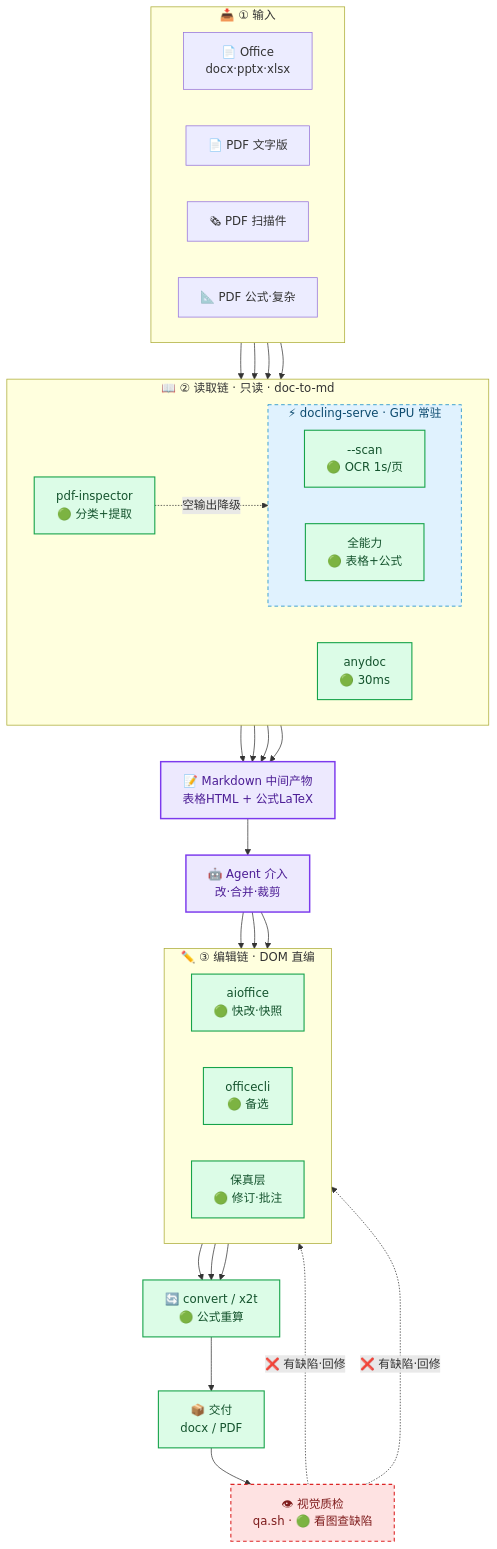
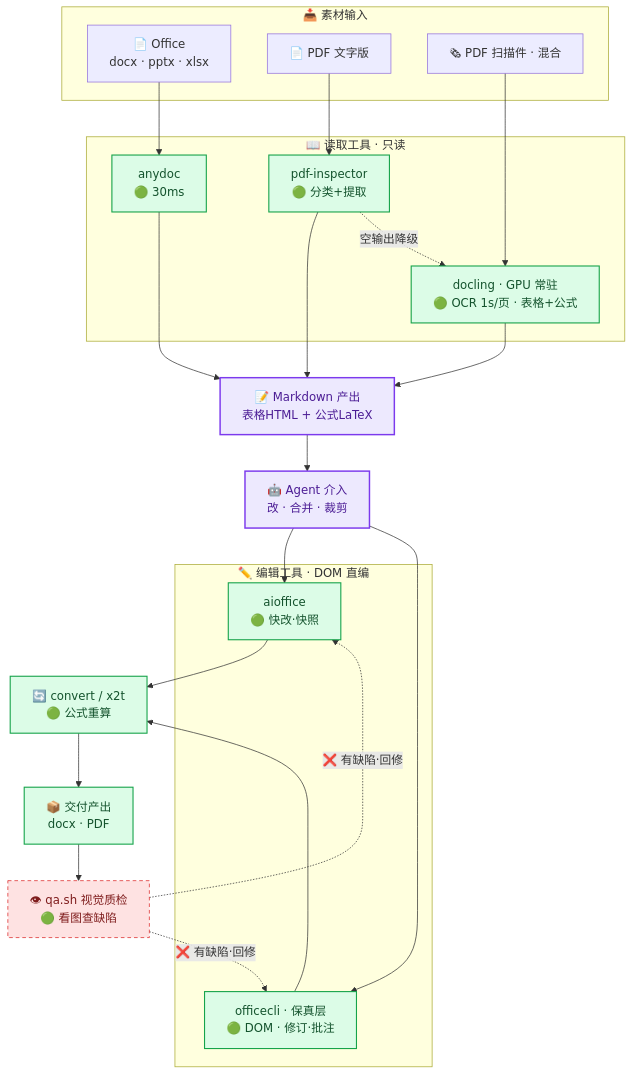
The diagram in README.md (TunaTung/office-workflow), drawn with Mermaid before and after one commit.

Commit message:
架构图重写: GitHub 渲染器友好版(子图内 direction 在 GitHub 不可靠,改为单层 subgraph)
- 每层≤3节点+单层subgraph: GitHub 渲染稳定, 不挤成一长条
- 素材输入/读取工具/编辑工具 三虚线子图, 中间产物/质检独立
- 绿主链/紫核心/红质检 三色语义, QA 红色虚线回环到编辑
- mermaid@11 CDN 本地渲染验证: 分层清晰/子图包裹完整/配色分明/无乱码

````diff
--- a/README.md
+++ b/README.md
@@ -29,72 +29,50 @@
 ```mermaid
 flowchart TD
-    %% ═══ ① 输入层 ═══
-    subgraph L1[📥 ① 输入]
-        direction LR
-        IN1[📄 Office<br/>docx·pptx·xlsx]
+    subgraph S1[📥 素材输入]
+        IN1[📄 Office<br/>docx · pptx · xlsx]
         IN2[📄 PDF 文字版]
-        IN3[🗞 PDF 扫描件]
-        IN4[📐 PDF 公式·复杂]
+        IN3[🗞 PDF 扫描件 · 混合]
     end
 
-    %% ═══ ② 读取链 ═══
-    subgraph L2[📖 ② 读取链 · 只读 · doc-to-md]
-        direction LR
+    subgraph S2[📖 读取工具 · 只读]
         A1[anydoc<br/>🟢 30ms]
         A2[pdf-inspector<br/>🟢 分类+提取]
-        subgraph SERVE[⚡ docling-serve · GPU 常驻]
-            direction LR
-            A3[--scan<br/>🟢 OCR 1s/页]
-            A4[全能力<br/>🟢 表格+公式]
-        end
+        A3[docling · GPU 常驻<br/>🟢 OCR 1s/页 · 表格+公式]
     end
 
-    %% ═══ 中间产物 ═══
-    MD[📝 Markdown 中间产物<br/>表格HTML + 公式LaTeX]
-    AGT[🤖 Agent 介入<br/>改·合并·裁剪]
+    MD[📝 Markdown 产出<br/>表格HTML + 公式LaTeX]
+    AGT[🤖 Agent 介入<br/>改 · 合并 · 裁剪]
 
-    %% ═══ ③ 编辑链 ═══
-    subgraph L3[✏️ ③ 编辑链 · DOM 直编]
-        direction LR
+    subgraph S3[✏️ 编辑工具 · DOM 直编]
         B1[aioffice<br/>🟢 快改·快照]
-        B2[officecli<br/>🟢 备选]
-        B3[保真层<br/>🟢 修订·批注]
+        B2[officecli · 保真层<br/>🟢 DOM · 修订·批注]
     end
 
-    %% ═══ ④ 交付+质检 ═══
     CVT[🔄 convert / x2t<br/>🟢 公式重算]
-    OUT[📦 交付<br/>docx / PDF]
-    QA[👁 视觉质检<br/>qa.sh · 🟢 看图查缺陷]
+    OUT[📦 交付产出<br/>docx · PDF]
+    QA[👁 qa.sh 视觉质检<br/>🟢 看图查缺陷]
 
-    %% ═══ 连线（主链贯通） ═══
     IN1 --> A1
     IN2 --> A2
     IN3 --> A3
-    IN4 --> A4
     A1 --> MD
     A2 --> MD
     A2 -.空输出降级.-> A3
     A3 --> MD
-    A4 --> MD
     MD --> AGT
-    AGT --> B1 & B2 & B3
+    AGT --> B1
+    AGT --> B2
     B1 --> CVT
     B2 --> CVT
-    B3 --> CVT
     CVT --> OUT
     OUT --> QA
+    QA -.❌ 有缺陷·回修.-> B1
+    QA -.❌ 有缺陷·回修.-> B2
 
-    %% ═══ 质检回环（闭环关键） ═══
-    QA -.❌ 有缺陷·回修.-> B1
-    QA -.❌ 有缺陷·回修.-> B3
-
-    %% ═══ 配色（语义：主链绿 / 底座蓝 / 回环红） ═══
     classDef main fill:#dcfce7,stroke:#16a34a,stroke-width:1.5,color:#14532d
     classDef core fill:#ede9fe,stroke:#7c3aed,stroke-width:2,color:#4c1d95
-    classDef base fill:#e0f2fe,stroke:#0284c7,stroke-dasharray:5 4,color:#0c4a6e
     classDef loop fill:#fee2e2,stroke:#dc2626,stroke-dasharray:5 4,color:#7f1d1d
-    class A1,A2,A3,A4,B1,B2,B3,CVT,OUT,QA main
+    class A1,A2,A3,B1,B2,CVT,OUT main
     class MD,AGT core
-    class SERVE base
     class QA loop
 ```
````
